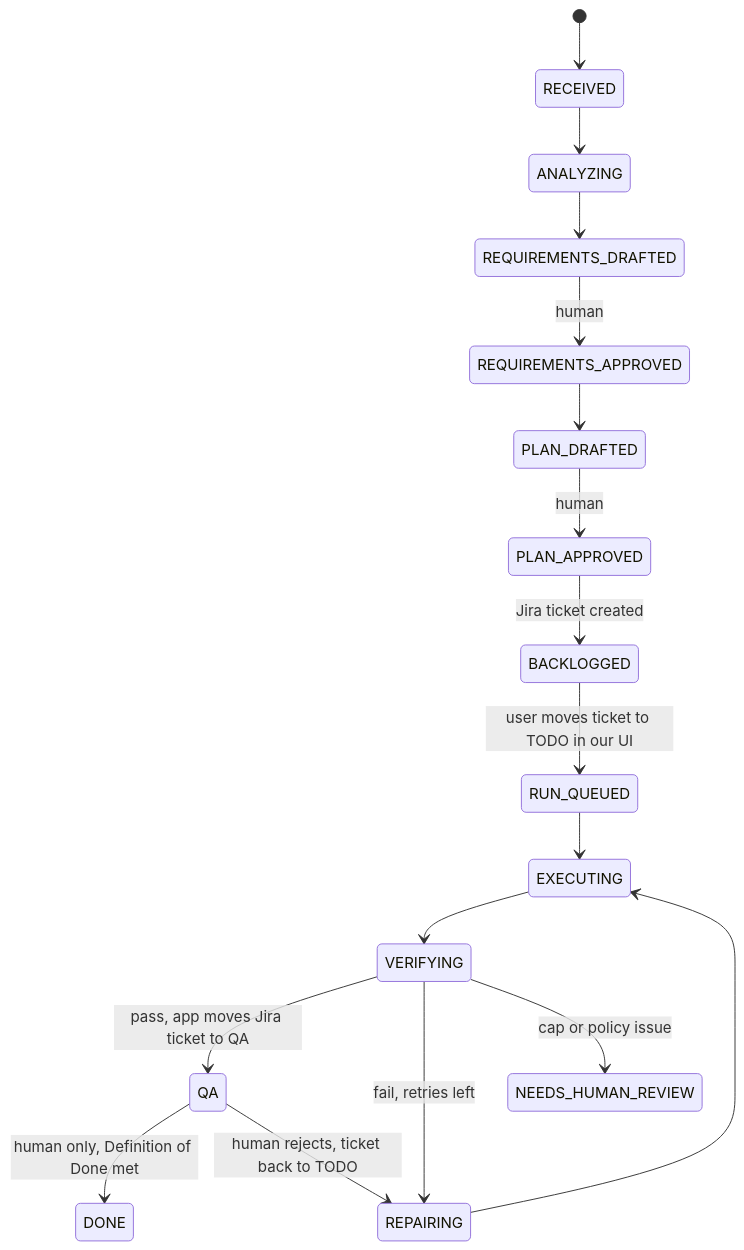
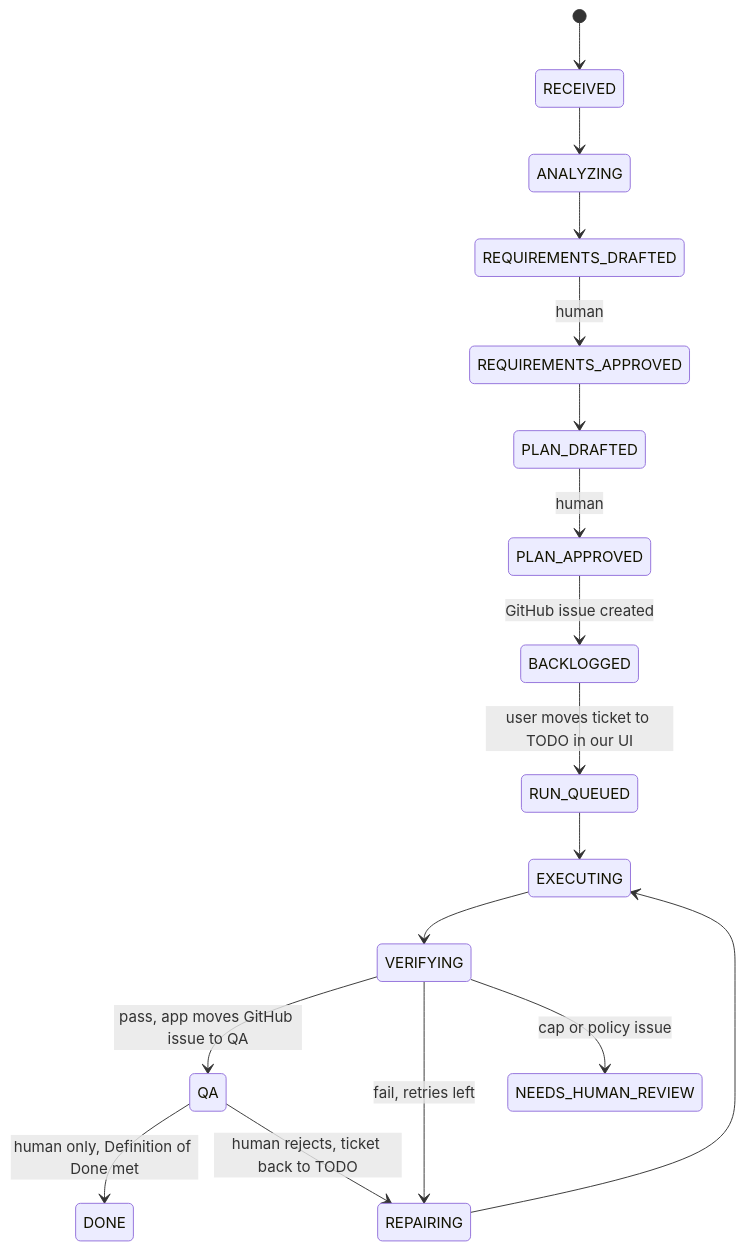
Before and after one commit to yasmin-poc-works/tasktraceautomator: the fifth of 5 diagrams in docs/architecture/task_trace_automator_architecture.md, drawn with Mermaid. The commit also changed other lines of this file and 13 other files, not shown here.

Commit message:
Updated the architecture.

````diff
--- a/docs/architecture/task_trace_automator_architecture.md
+++ b/docs/architecture/task_trace_automator_architecture.md
@@ -304,19 +355,19 @@
 ```mermaid
 stateDiagram-v2
     [*] --> RECEIVED
     RECEIVED --> ANALYZING
     ANALYZING --> REQUIREMENTS_DRAFTED
     REQUIREMENTS_DRAFTED --> REQUIREMENTS_APPROVED: human
     REQUIREMENTS_APPROVED --> PLAN_DRAFTED
     PLAN_DRAFTED --> PLAN_APPROVED: human
-    PLAN_APPROVED --> BACKLOGGED: Jira ticket created
+    PLAN_APPROVED --> BACKLOGGED: GitHub issue created
     BACKLOGGED --> RUN_QUEUED: user moves ticket to TODO in our UI
     RUN_QUEUED --> EXECUTING
     EXECUTING --> VERIFYING
-    VERIFYING --> QA: pass, app moves Jira ticket to QA
+    VERIFYING --> QA: pass, app moves GitHub issue to QA
     VERIFYING --> REPAIRING: fail, retries left
     REPAIRING --> EXECUTING
     VERIFYING --> NEEDS_HUMAN_REVIEW: cap or policy issue
     QA --> DONE: human only, Definition of Done met
     QA --> REPAIRING: human rejects, ticket back to TODO
 ```
````
